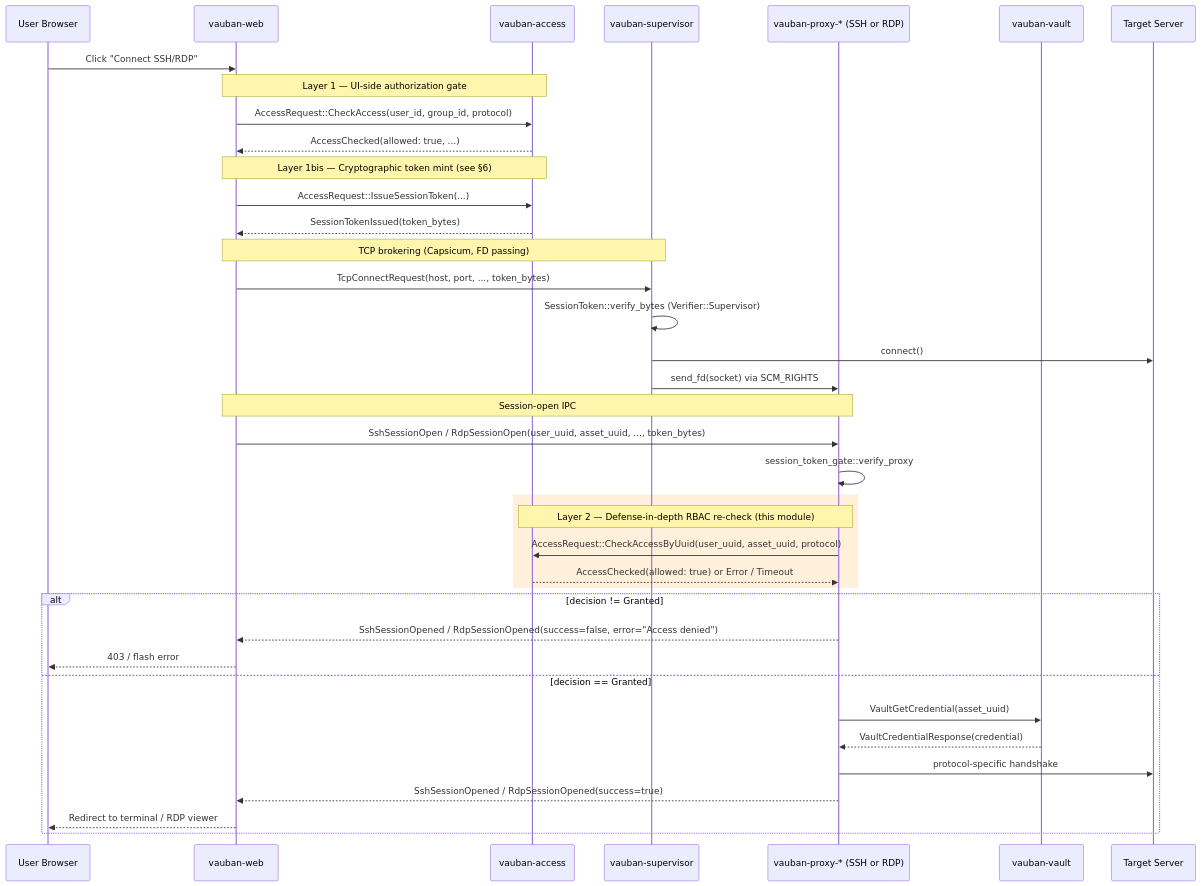
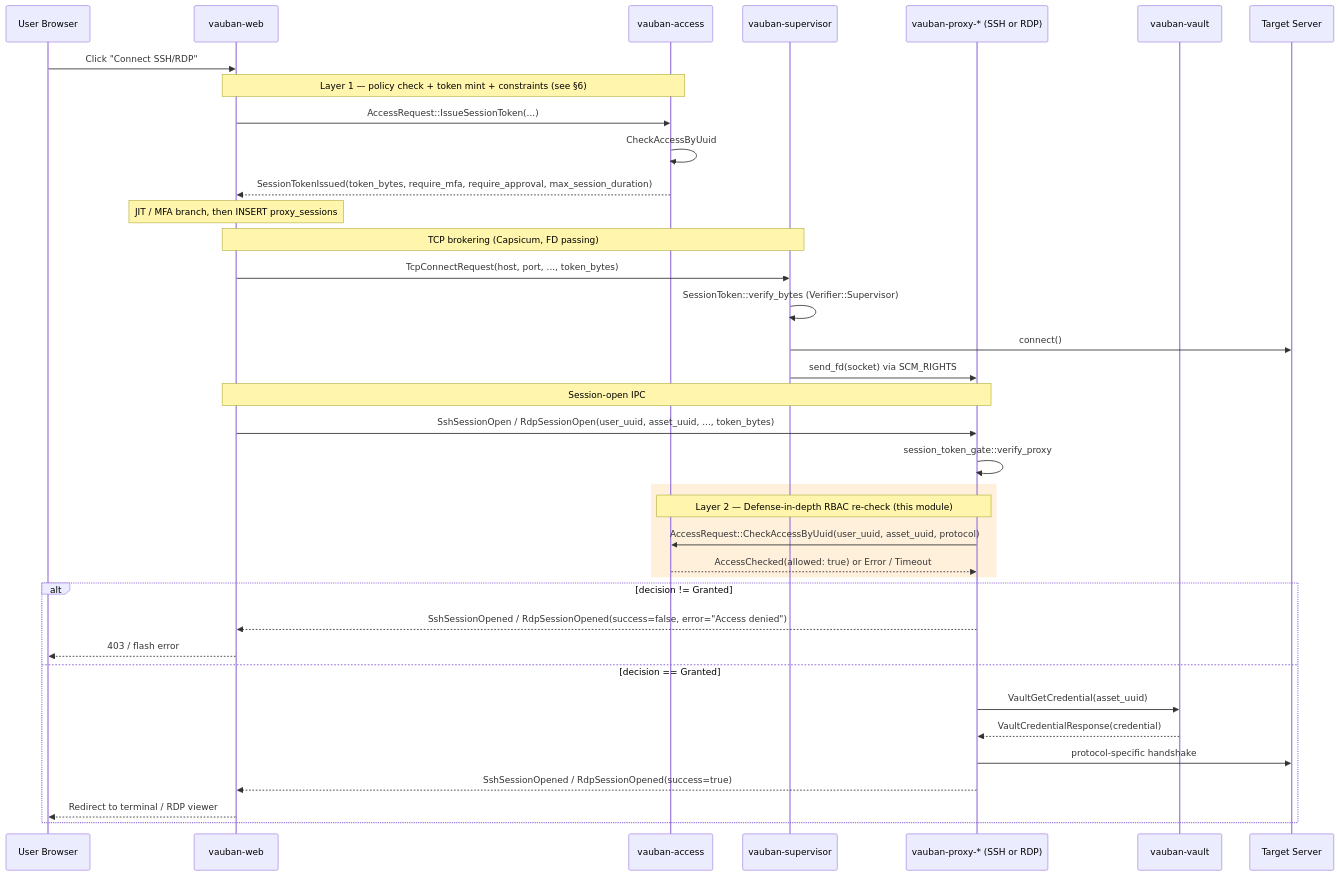
One commit to rbenaley/Vauban changed the second of 7 diagrams in docs/technical/Vauban_AccessGuard_Architecture_EN(1.0).md. Above: the diagram before and after it, drawn with Mermaid. The commit also changed other lines of this file and 31 other files, not shown here.

First line of the commit message:
feat(access): merge SSH/RDP policy eval 3->2 via early mint (0.9.27)

````diff
--- a/docs/technical/Vauban_AccessGuard_Architecture_EN(1.0).md
+++ b/docs/technical/Vauban_AccessGuard_Architecture_EN(1.0).md
@@ -103,46 +110,44 @@
 ```mermaid
 sequenceDiagram
     participant U as User Browser
     participant W as vauban-web
     participant AC as vauban-access
     participant S as vauban-supervisor
     participant P as vauban-proxy-* (SSH or RDP)
     participant V as vauban-vault
     participant T as Target Server
 
     U->>W: Click "Connect SSH/RDP"
-    Note over W,AC: Layer 1 — UI-side authorization gate
-    W->>AC: AccessRequest::CheckAccess(user_id, group_id, protocol)
-    AC-->>W: AccessChecked(allowed: true, ...)
-
-    Note over W,AC: Layer 1bis — Cryptographic token mint (see §6)
+    Note over W,AC: Layer 1 — policy check + token mint + constraints (see §6)
     W->>AC: AccessRequest::IssueSessionToken(...)
-    AC-->>W: SessionTokenIssued(token_bytes)
+    AC->>AC: CheckAccessByUuid
+    AC-->>W: SessionTokenIssued(token_bytes, require_mfa, require_approval, max_session_duration)
+    Note over W: JIT / MFA branch, then INSERT proxy_sessions
 
     Note over W,S: TCP brokering (Capsicum, FD passing)
     W->>S: TcpConnectRequest(host, port, ..., token_bytes)
     S->>S: SessionToken::verify_bytes (Verifier::Supervisor)
     S->>T: connect()
     S->>P: send_fd(socket) via SCM_RIGHTS
 
     Note over W,P: Session-open IPC
     W->>P: SshSessionOpen / RdpSessionOpen(user_uuid, asset_uuid, ..., token_bytes)
     P->>P: session_token_gate::verify_proxy
 
     rect rgb(255, 240, 220)
     Note over P,AC: Layer 2 — Defense-in-depth RBAC re-check (this module)
     P->>AC: AccessRequest::CheckAccessByUuid(user_uuid, asset_uuid, protocol)
     AC-->>P: AccessChecked(allowed: true) or Error / Timeout
     end
 
     alt decision != Granted
         P-->>W: SshSessionOpened / RdpSessionOpened(success=false, error="Access denied")
         W-->>U: 403 / flash error
     else decision == Granted
         P->>V: VaultGetCredential(asset_uuid)
         V-->>P: VaultCredentialResponse(credential)
         P->>T: protocol-specific handshake
         P-->>W: SshSessionOpened / RdpSessionOpened(success=true)
         W-->>U: Redirect to terminal / RDP viewer
     end
 ```
````
